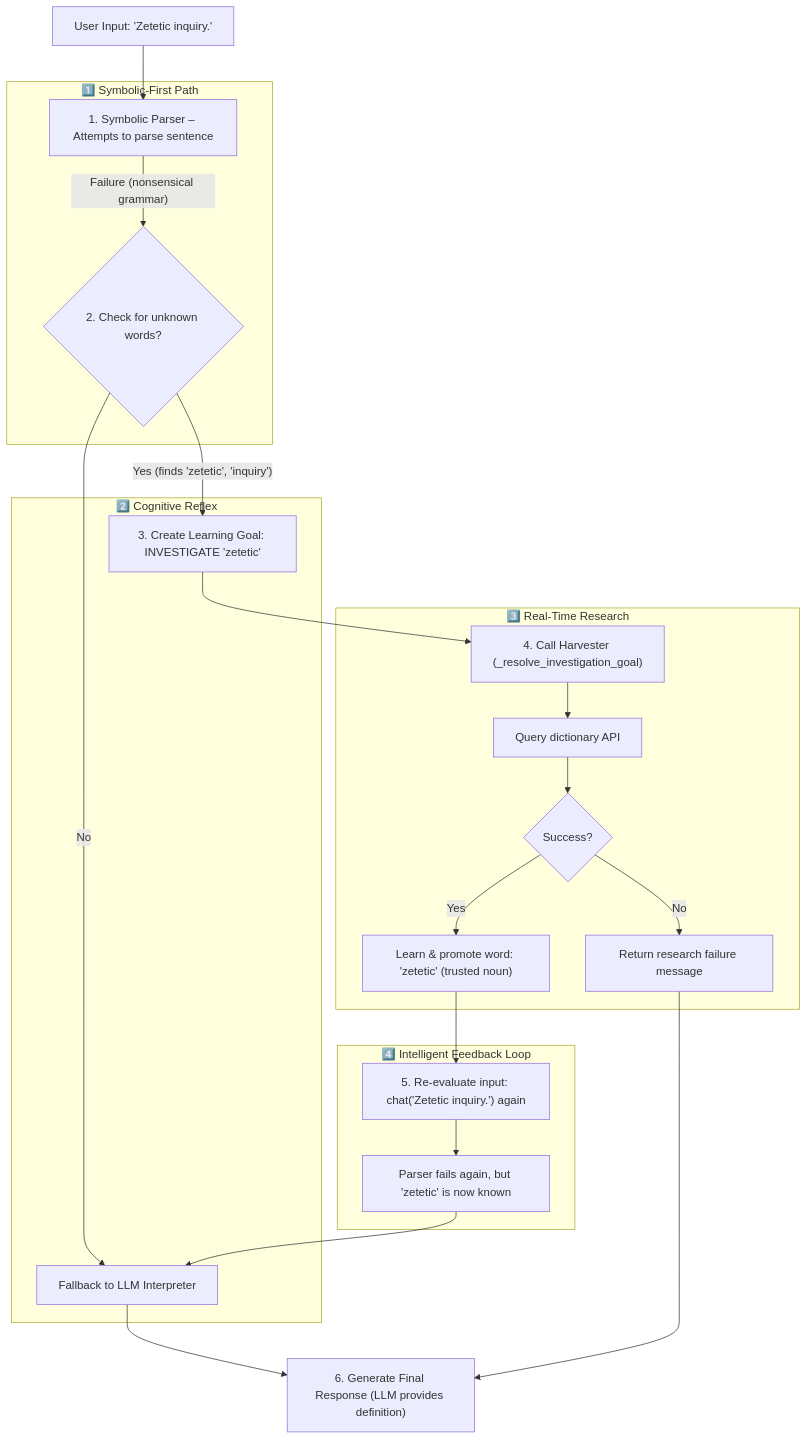
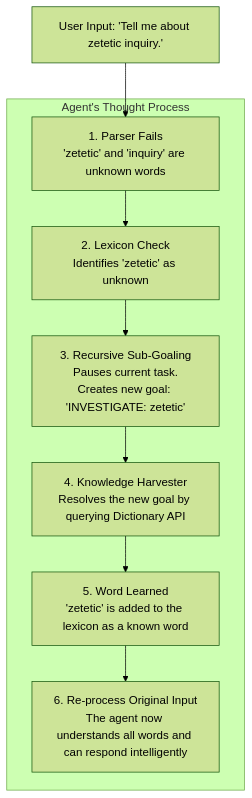
Before and after one commit to vicsanity623/Axiom-Agent: the third of 3 diagrams in README.md, drawn with Mermaid. The commit also changed other lines of this file and 26 other files, not shown here.

````diff
--- a/README.md
+++ b/README.md
@@ -95,35 +97,16 @@
 ```mermaid
+%%{init: {"theme": "forest"}}%%
 graph TD
-    %% Main flow
-    A["User Input: 'Zetetic inquiry.'"]
-
-    subgraph Symbolic_First_Path["1️⃣ Symbolic-First Path"]
-        B["1. Symbolic Parser – Attempts to parse sentence"]
-        B -- "Failure (nonsensical grammar)" --> C
+    A[User Input: 'Tell me about zetetic inquiry.']
+    
+    subgraph Agent's Thought Process
+        B[1. Parser Fails<br/>'zetetic' and 'inquiry' are unknown words]
+        C[2. Lexicon Check<br/>Identifies 'zetetic' as unknown]
+        D[3. Recursive Sub-Goaling<br/>Pauses current task.<br/>Creates new goal: 'INVESTIGATE: zetetic']
+        E[4. Knowledge Harvester<br/>Resolves the new goal by querying Dictionary API]
+        F[5. Word Learned<br/>'zetetic' is added to the lexicon as a known word]
+        G[6. Re-process Original Input<br/>The agent now understands all words and can respond intelligently]
     end
 
-    subgraph Cognitive_Reflex["2️⃣ Cognitive Reflex"]
-        C{"2. Check for unknown words?"}
-        C -- "Yes (finds 'zetetic', 'inquiry')" --> D["3. Create Learning Goal: INVESTIGATE 'zetetic'"]
-        C -- "No" --> E["Fallback to LLM Interpreter"]
-    end
-
-    subgraph Real_Time_Research["3️⃣ Real-Time Research"]
-        D --> R1["4. Call Harvester (_resolve_investigation_goal)"]
-        R1 --> R2["Query dictionary API"]
-        R2 --> R3{"Success?"}
-        R3 -- "Yes" --> R4["Learn & promote word: 'zetetic' (trusted noun)"]
-        R3 -- "No" --> R5["Return research failure message"]
-    end
-
-    subgraph Intelligent_Feedback_Loop["4️⃣ Intelligent Feedback Loop"]
-        R4 --> L1["5. Re-evaluate input: chat('Zetetic inquiry.') again"]
-        L1 --> L2["Parser fails again, but 'zetetic' is now known"]
-        L2 --> E
-    end
-
-    E --> FinalResponse["6. Generate Final Response (LLM provides definition)"]
-    R5 --> FinalResponse
-
-    A --> B
+    A --> B --> C --> D --> E --> F --> G
 ```
````
